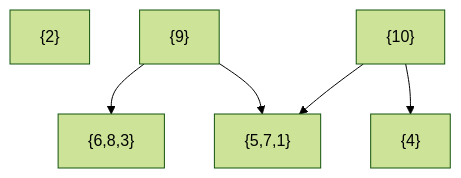
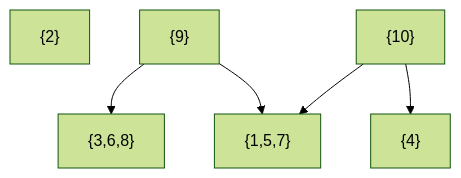
Before and after one commit to RayenB50/TI_301_PRJ_Groupe-P2_PLUS_2_8: the diagram in output/exemple_valid_step3_hasse.mmd, drawn with Mermaid (forest theme). The commit also changed 7 other files, not shown here.

```diff
--- a/output/exemple_valid_step3_hasse.mmd
+++ b/output/exemple_valid_step3_hasse.mmd
@@ -1,11 +1,11 @@
 graph TD
-  C1["{5,7,1}"]
+  C1["{1,5,7}"]
   C2["{2}"]
-  C3["{6,8,3}"]
+  C3["{3,6,8}"]
   C4["{4}"]
   C5["{9}"]
   C6["{10}"]
   C5 --> C3
   C5 --> C1
   C6 --> C1
   C6 --> C4
```
